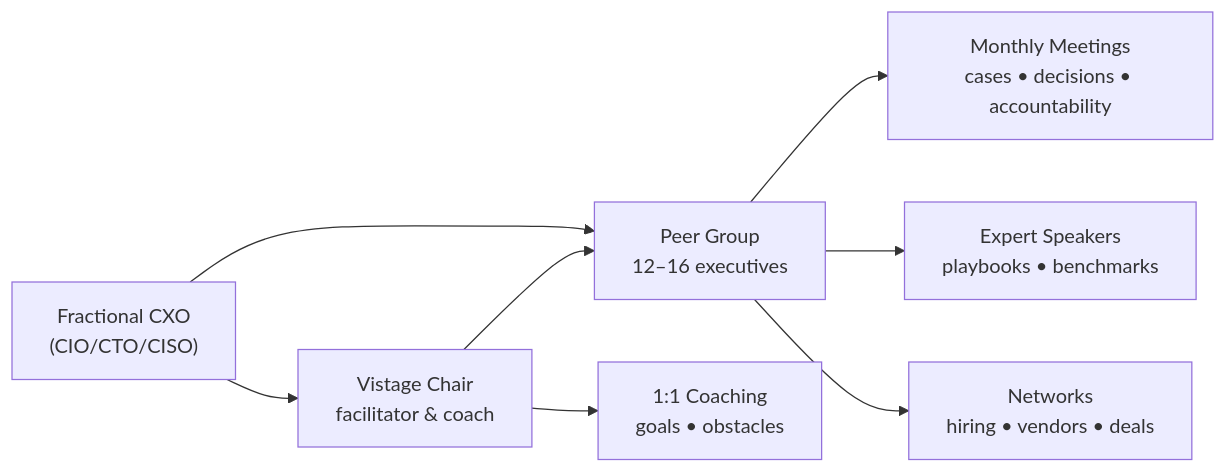
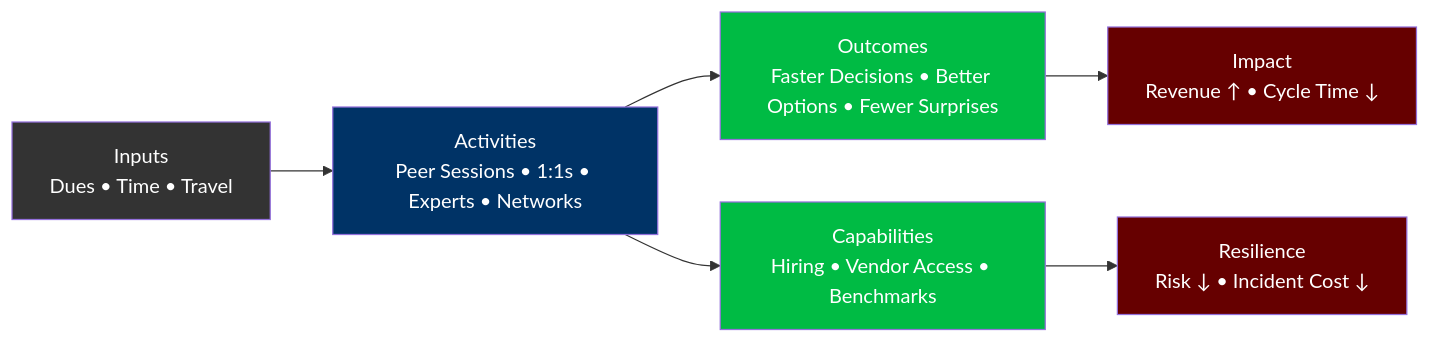
One commit to emcdo411/tech-fractional-cxo-program changed the fourth of 9 diagrams in VISTAGE.md. Above: the diagram before and after it, drawn with Mermaid. The commit also changed other lines of this file, not shown here.

`````diff
--- a/VISTAGE.md
+++ b/VISTAGE.md
@@ -119,10 +204,13 @@
 ```mermaid
 flowchart LR
-  A["Fractional CXO<br/>(CIO/CTO/CISO)"] --> B["Vistage Chair<br/>facilitator & coach"]
-  A --> C["Peer Group<br/>12–16 executives"]
-  B --> C
-  C --> D["Monthly Meetings<br/>cases • decisions • accountability"]
-  B --> E["1:1 Coaching<br/>goals • obstacles"]
-  C --> F["Expert Speakers<br/>playbooks • benchmarks"]
-  C --> G["Networks<br/>hiring • vendors • deals"]
-````
+  classDef in  fill:#333,color:#fff;
+  classDef act fill:#036,color:#fff;
+  classDef out fill:#0b4,color:#fff;
+  classDef imp fill:#600,color:#fff;
+
+  I1["Inputs<br/>Dues • Time • Travel"]:::in --> A1["Activities<br/>Peer Sessions • 1:1s • Experts • Networks"]:::act
+  A1 --> O1["Outcomes<br/>Faster Decisions • Better Options • Fewer Surprises"]:::out
+  A1 --> O2["Capabilities<br/>Hiring • Vendor Access • Benchmarks"]:::out
+  O1 --> IMP1["Impact<br/>Revenue ↑ • Cycle Time ↓"]:::imp
+  O2 --> IMP2["Resilience<br/>Risk ↓ • Incident Cost ↓"]:::imp
+```
`````
